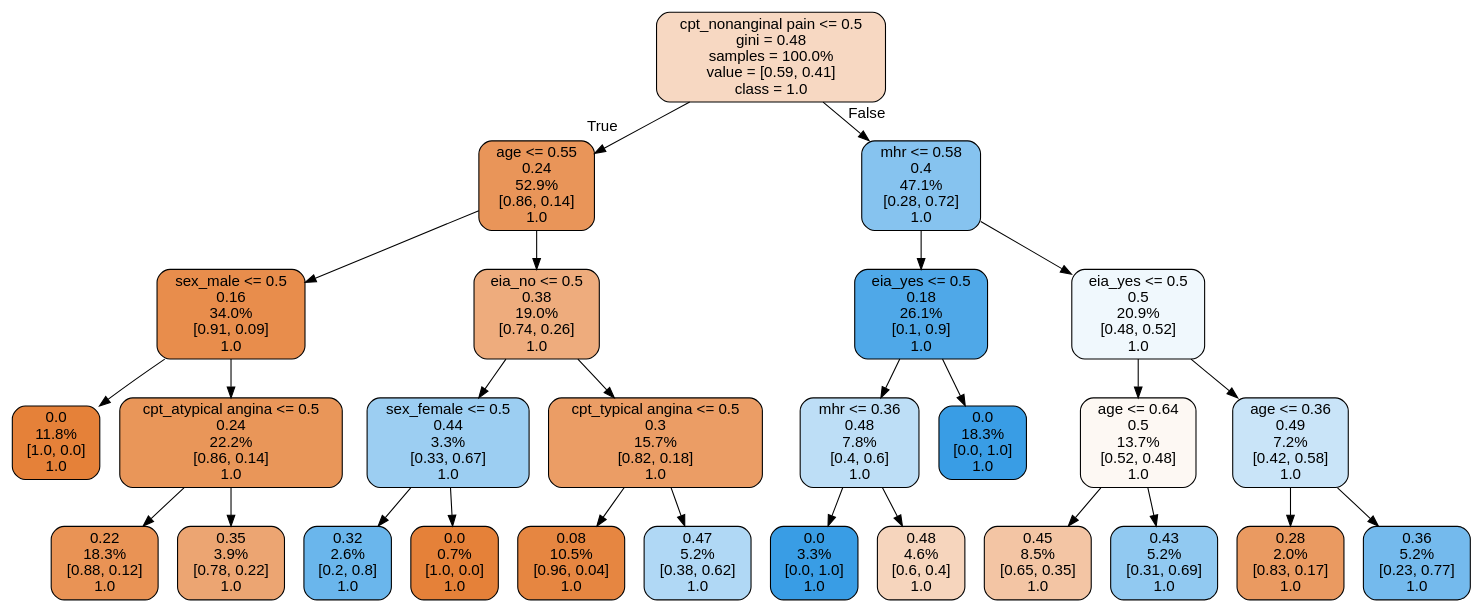
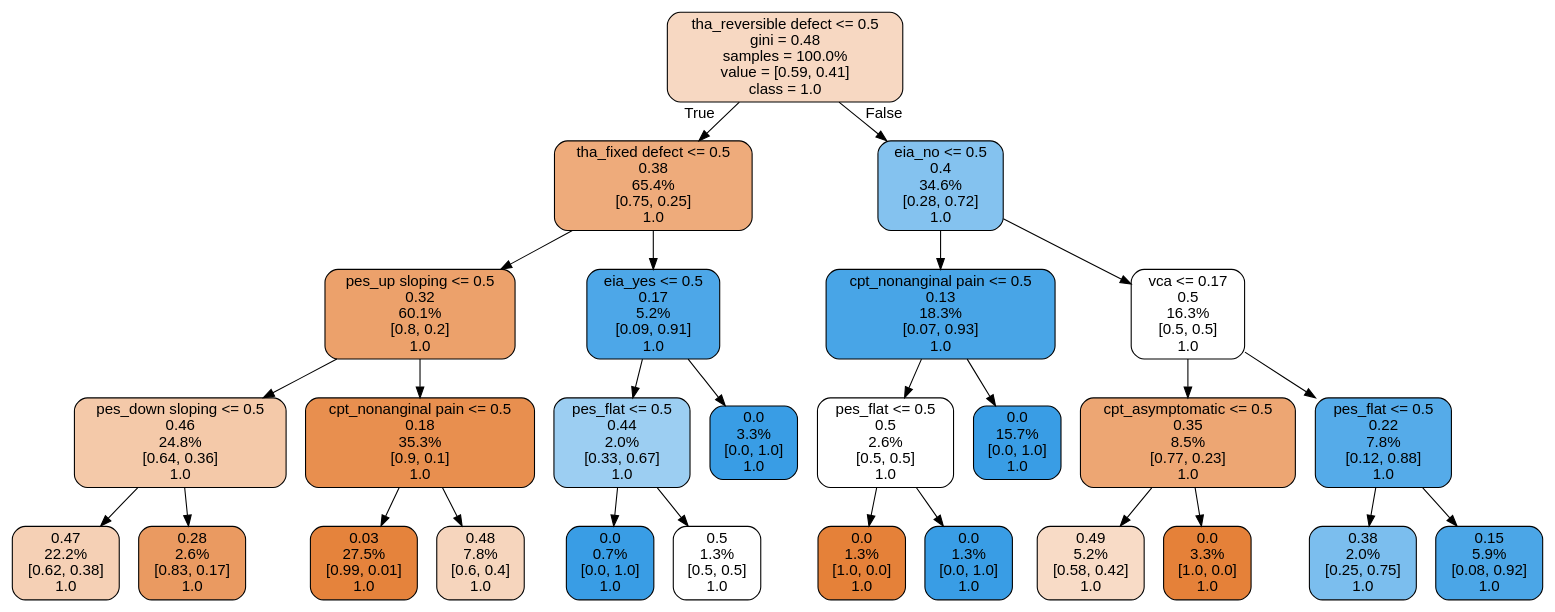
One commit to ma6068/SU changed the diagram in dot/random_forest_tree.dot. Above: the diagram before and after it, drawn with Graphviz. The commit also changed 45 other files, not shown here.

```diff
--- a/dot/random_forest_tree.dot
+++ b/dot/random_forest_tree.dot
@@ -1,57 +1,57 @@
 digraph Tree {
 node [shape=box, style="filled, rounded", color="black", fontname="helvetica"] ;
 edge [fontname="helvetica"] ;
-0 [label="cpt_nonanginal pain <= 0.5\ngini = 0.48\nsamples = 100.0%\nvalue = [0.59, 0.41]\nclass = 1.0", fillcolor="#f7d8c2"] ;
-1 [label="age <= 0.55\n0.24\n52.9%\n[0.86, 0.14]\n1.0", fillcolor="#e99559"] ;
+0 [label="tha_reversible defect <= 0.5\ngini = 0.48\nsamples = 100.0%\nvalue = [0.59, 0.41]\nclass = 1.0", fillcolor="#f7d8c2"] ;
+1 [label="tha_fixed defect <= 0.5\n0.38\n65.4%\n[0.75, 0.25]\n1.0", fillcolor="#eeab7b"] ;
 0 -> 1 [labeldistance=2.5, labelangle=45, headlabel="True"] ;
-2 [label="sex_male <= 0.5\n0.16\n34.0%\n[0.91, 0.09]\n1.0", fillcolor="#e88d4c"] ;
+2 [label="pes_up sloping <= 0.5\n0.32\n60.1%\n[0.8, 0.2]\n1.0", fillcolor="#eca16b"] ;
 1 -> 2 ;
-3 [label="0.0\n11.8%\n[1.0, 0.0]\n1.0", fillcolor="#e58139"] ;
+3 [label="pes_down sloping <= 0.5\n0.46\n24.8%\n[0.64, 0.36]\n1.0", fillcolor="#f4c9a9"] ;
 2 -> 3 ;
-4 [label="cpt_atypical angina <= 0.5\n0.24\n22.2%\n[0.86, 0.14]\n1.0", fillcolor="#e99659"] ;
-2 -> 4 ;
-5 [label="0.22\n18.3%\n[0.88, 0.12]\n1.0", fillcolor="#e99355"] ;
-4 -> 5 ;
-6 [label="0.35\n3.9%\n[0.78, 0.22]\n1.0", fillcolor="#eca572"] ;
-4 -> 6 ;
-7 [label="eia_no <= 0.5\n0.38\n19.0%\n[0.74, 0.26]\n1.0", fillcolor="#eeac7d"] ;
-1 -> 7 ;
-8 [label="sex_female <= 0.5\n0.44\n3.3%\n[0.33, 0.67]\n1.0", fillcolor="#9ccef2"] ;
-7 -> 8 ;
-9 [label="0.32\n2.6%\n[0.2, 0.8]\n1.0", fillcolor="#6ab6ec"] ;
-8 -> 9 ;
-10 [label="0.0\n0.7%\n[1.0, 0.0]\n1.0", fillcolor="#e58139"] ;
-8 -> 10 ;
-11 [label="cpt_typical angina <= 0.5\n0.3\n15.7%\n[0.82, 0.18]\n1.0", fillcolor="#eb9d65"] ;
-7 -> 11 ;
-12 [label="0.08\n10.5%\n[0.96, 0.04]\n1.0", fillcolor="#e68641"] ;
-11 -> 12 ;
-13 [label="0.47\n5.2%\n[0.38, 0.62]\n1.0", fillcolor="#b0d8f5"] ;
-11 -> 13 ;
-14 [label="mhr <= 0.58\n0.4\n47.1%\n[0.28, 0.72]\n1.0", fillcolor="#86c3ef"] ;
+4 [label="0.47\n22.2%\n[0.62, 0.38]\n1.0", fillcolor="#f5d0b5"] ;
+3 -> 4 ;
+5 [label="0.28\n2.6%\n[0.83, 0.17]\n1.0", fillcolor="#ea9a61"] ;
+3 -> 5 ;
+6 [label="cpt_nonanginal pain <= 0.5\n0.18\n35.3%\n[0.9, 0.1]\n1.0", fillcolor="#e88f4f"] ;
+2 -> 6 ;
+7 [label="0.03\n27.5%\n[0.99, 0.01]\n1.0", fillcolor="#e5833c"] ;
+6 -> 7 ;
+8 [label="0.48\n7.8%\n[0.6, 0.4]\n1.0", fillcolor="#f6d5bd"] ;
+6 -> 8 ;
+9 [label="eia_yes <= 0.5\n0.17\n5.2%\n[0.09, 0.91]\n1.0", fillcolor="#4da7e8"] ;
+1 -> 9 ;
+10 [label="pes_flat <= 0.5\n0.44\n2.0%\n[0.33, 0.67]\n1.0", fillcolor="#9ccef2"] ;
+9 -> 10 ;
+11 [label="0.0\n0.7%\n[0.0, 1.0]\n1.0", fillcolor="#399de5"] ;
+10 -> 11 ;
+12 [label="0.5\n1.3%\n[0.5, 0.5]\n1.0", fillcolor="#ffffff"] ;
+10 -> 12 ;
+13 [label="0.0\n3.3%\n[0.0, 1.0]\n1.0", fillcolor="#399de5"] ;
+9 -> 13 ;
+14 [label="eia_no <= 0.5\n0.4\n34.6%\n[0.28, 0.72]\n1.0", fillcolor="#84c2ef"] ;
 0 -> 14 [labeldistance=2.5, labelangle=-45, headlabel="False"] ;
-15 [label="eia_yes <= 0.5\n0.18\n26.1%\n[0.1, 0.9]\n1.0", fillcolor="#4fa8e8"] ;
+15 [label="cpt_nonanginal pain <= 0.5\n0.13\n18.3%\n[0.07, 0.93]\n1.0", fillcolor="#48a5e7"] ;
 14 -> 15 ;
-16 [label="mhr <= 0.36\n0.48\n7.8%\n[0.4, 0.6]\n1.0", fillcolor="#bddef6"] ;
+16 [label="pes_flat <= 0.5\n0.5\n2.6%\n[0.5, 0.5]\n1.0", fillcolor="#ffffff"] ;
 15 -> 16 ;
-17 [label="0.0\n3.3%\n[0.0, 1.0]\n1.0", fillcolor="#399de5"] ;
+17 [label="0.0\n1.3%\n[1.0, 0.0]\n1.0", fillcolor="#e58139"] ;
 16 -> 17 ;
-18 [label="0.48\n4.6%\n[0.6, 0.4]\n1.0", fillcolor="#f6d5bd"] ;
+18 [label="0.0\n1.3%\n[0.0, 1.0]\n1.0", fillcolor="#399de5"] ;
 16 -> 18 ;
-19 [label="0.0\n18.3%\n[0.0, 1.0]\n1.0", fillcolor="#399de5"] ;
+19 [label="0.0\n15.7%\n[0.0, 1.0]\n1.0", fillcolor="#399de5"] ;
 15 -> 19 ;
-20 [label="eia_yes <= 0.5\n0.5\n20.9%\n[0.48, 0.52]\n1.0", fillcolor="#f0f8fd"] ;
+20 [label="vca <= 0.17\n0.5\n16.3%\n[0.5, 0.5]\n1.0", fillcolor="#ffffff"] ;
 14 -> 20 ;
-21 [label="age <= 0.64\n0.5\n13.7%\n[0.52, 0.48]\n1.0", fillcolor="#fdf8f3"] ;
+21 [label="cpt_asymptomatic <= 0.5\n0.35\n8.5%\n[0.77, 0.23]\n1.0", fillcolor="#eda673"] ;
 20 -> 21 ;
-22 [label="0.45\n8.5%\n[0.65, 0.35]\n1.0", fillcolor="#f3c5a4"] ;
+22 [label="0.49\n5.2%\n[0.58, 0.42]\n1.0", fillcolor="#f8dbc6"] ;
 21 -> 22 ;
-23 [label="0.43\n5.2%\n[0.31, 0.69]\n1.0", fillcolor="#91c9f1"] ;
+23 [label="0.0\n3.3%\n[1.0, 0.0]\n1.0", fillcolor="#e58139"] ;
 21 -> 23 ;
-24 [label="age <= 0.36\n0.49\n7.2%\n[0.42, 0.58]\n1.0", fillcolor="#c9e4f8"] ;
+24 [label="pes_flat <= 0.5\n0.22\n7.8%\n[0.12, 0.88]\n1.0", fillcolor="#55abe9"] ;
 20 -> 24 ;
-25 [label="0.28\n2.0%\n[0.83, 0.17]\n1.0", fillcolor="#ea9a61"] ;
+25 [label="0.38\n2.0%\n[0.25, 0.75]\n1.0", fillcolor="#7bbeee"] ;
 24 -> 25 ;
-26 [label="0.36\n5.2%\n[0.23, 0.77]\n1.0", fillcolor="#74baed"] ;
+26 [label="0.15\n5.9%\n[0.08, 0.92]\n1.0", fillcolor="#4ba6e7"] ;
 24 -> 26 ;
 }
```
